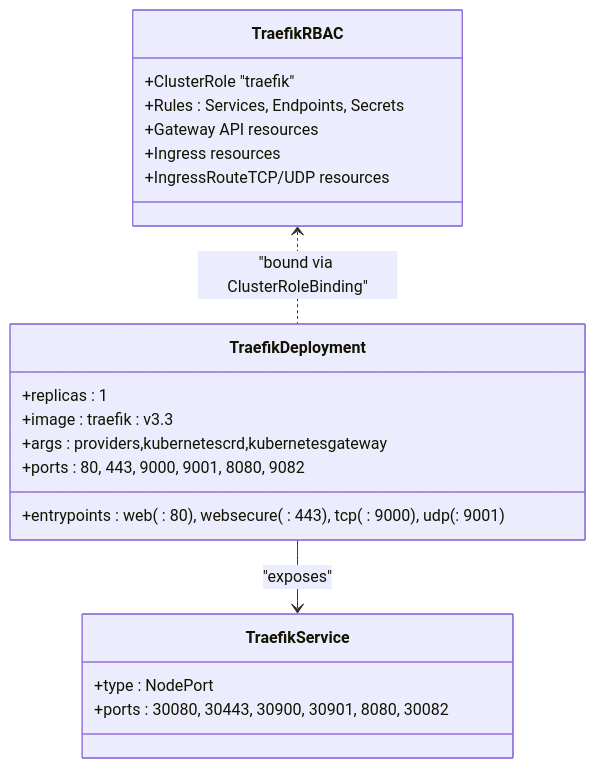
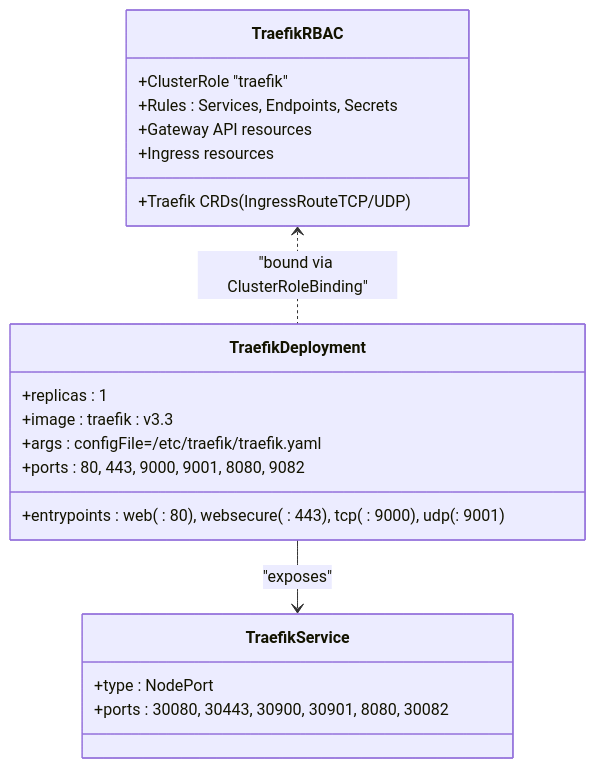
Before and after one commit to Hoangvu75/k8s_manifest: the sixth of 8 diagrams in .qoder/repowiki/en/content/Advanced Topics/Advanced Networking Configurations.md, drawn with Mermaid. The commit also changed other lines of this file and 10 other files, not shown here.

````diff
--- a/.qoder/repowiki/en/content/Advanced Topics/Advanced Networking Configurations.md
+++ b/.qoder/repowiki/en/content/Advanced Topics/Advanced Networking Configurations.md
@@ -273,23 +285,23 @@
 ```mermaid
 classDiagram
 class TraefikRBAC {
 +ClusterRole "traefik"
 +Rules : Services, Endpoints, Secrets
 +Gateway API resources
 +Ingress resources
-+IngressRouteTCP/UDP resources
++Traefik CRDs (IngressRouteTCP/UDP)
 }
 class TraefikDeployment {
 +replicas : 1
 +image : traefik : v3.3
-+args : providers,kubernetescrd,kubernetesgateway
++args : configFile=/etc/traefik/traefik.yaml
 +entrypoints : web( : 80), websecure( : 443), tcp( : 9000), udp( : 9001)
 +ports : 80, 443, 9000, 9001, 8080, 9082
 }
 class TraefikService {
 +type : NodePort
 +ports : 30080, 30443, 30900, 30901, 8080, 30082
 }
 TraefikRBAC <.. TraefikDeployment : "bound via ClusterRoleBinding"
 TraefikDeployment --> TraefikService : "exposes"
 ```
````
